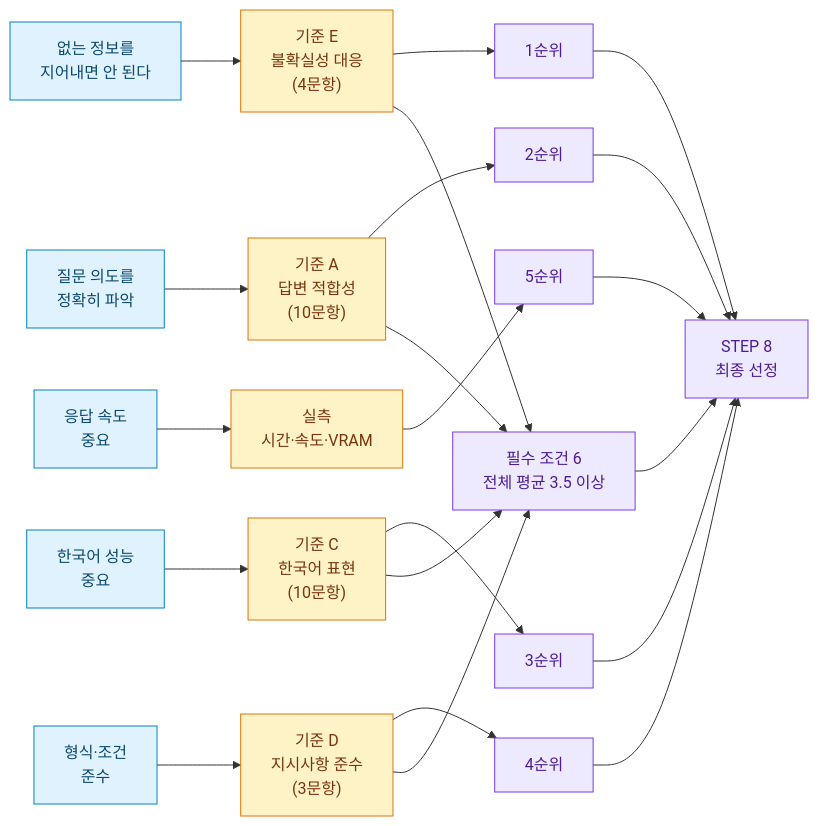
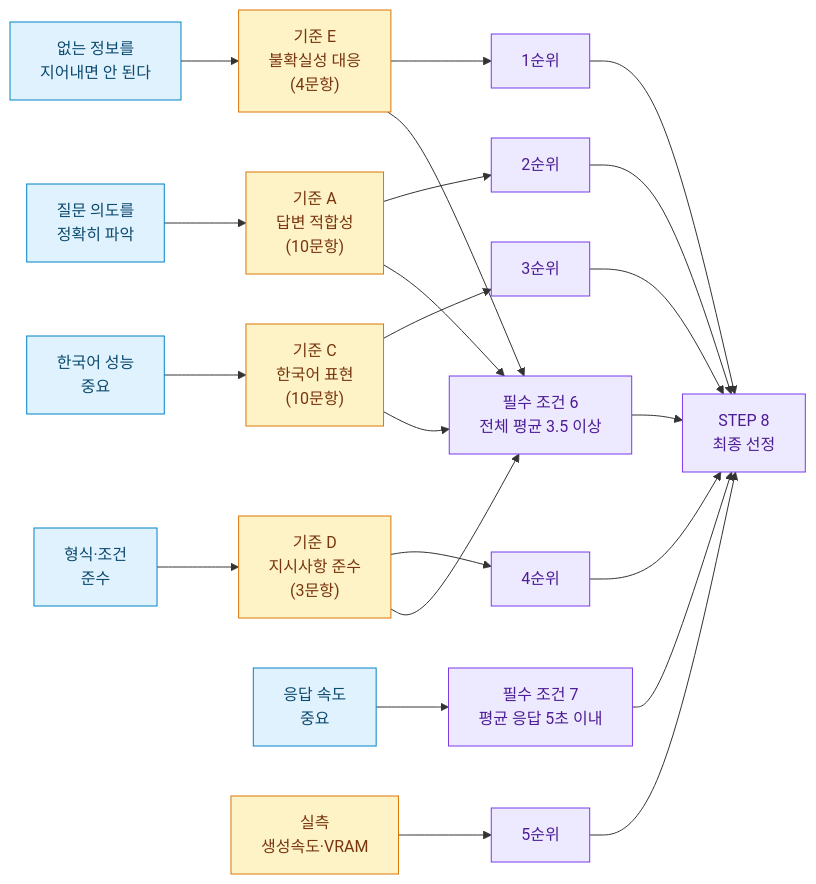
Before and after one commit to ho-yu/kant-llm-project-01: the second of 4 diagrams in README.md, drawn with Mermaid. The commit also changed other lines of this file and 7 other files, not shown here.

````diff
--- a/README.md
+++ b/README.md
@@ -115,25 +123,26 @@
 ```mermaid
 flowchart LR
     R1["없는 정보를<br/>지어내면 안 된다"] --> C_E["기준 E<br/>불확실성 대응<br/>(4문항)"]
     R2["질문 의도를<br/>정확히 파악"] --> C_A["기준 A<br/>답변 적합성<br/>(10문항)"]
     R3["한국어 성능<br/>중요"] --> C_C["기준 C<br/>한국어 표현<br/>(10문항)"]
     R4["형식·조건<br/>준수"] --> C_D["기준 D<br/>지시사항 준수<br/>(3문항)"]
-    R5["응답 속도<br/>중요"] --> M["실측<br/>시간·속도·VRAM"]
+    R5["응답 속도<br/>중요"] --> COND7["필수 조건 7<br/>평균 응답 5초 이내"]
+    M["실측<br/>생성속도·VRAM"] --> P5["5순위"]
 
     C_E --> P1["1순위"]
     C_A --> P2["2순위"]
     C_C --> P3["3순위"]
     C_D --> P4["4순위"]
-    M --> P5["5순위"]
 
     C_E & C_A & C_C & C_D --> COND6["필수 조건 6<br/>전체 평균 3.5 이상"]
     P1 & P2 & P3 & P4 & P5 --> SEL["STEP 8<br/>최종 선정"]
     COND6 --> SEL
+    COND7 --> SEL
 
     classDef req fill:#e0f2fe,stroke:#0284c7,color:#0c4a6e
     classDef crit fill:#fef3c7,stroke:#d97706,color:#78350f
     classDef out fill:#ede9fe,stroke:#7c3aed,color:#4c1d95
     class R1,R2,R3,R4,R5 req
     class C_E,C_A,C_C,C_D,M crit
-    class P1,P2,P3,P4,P5,COND6,SEL out
+    class P1,P2,P3,P4,P5,COND6,COND7,SEL out
 ```
````
